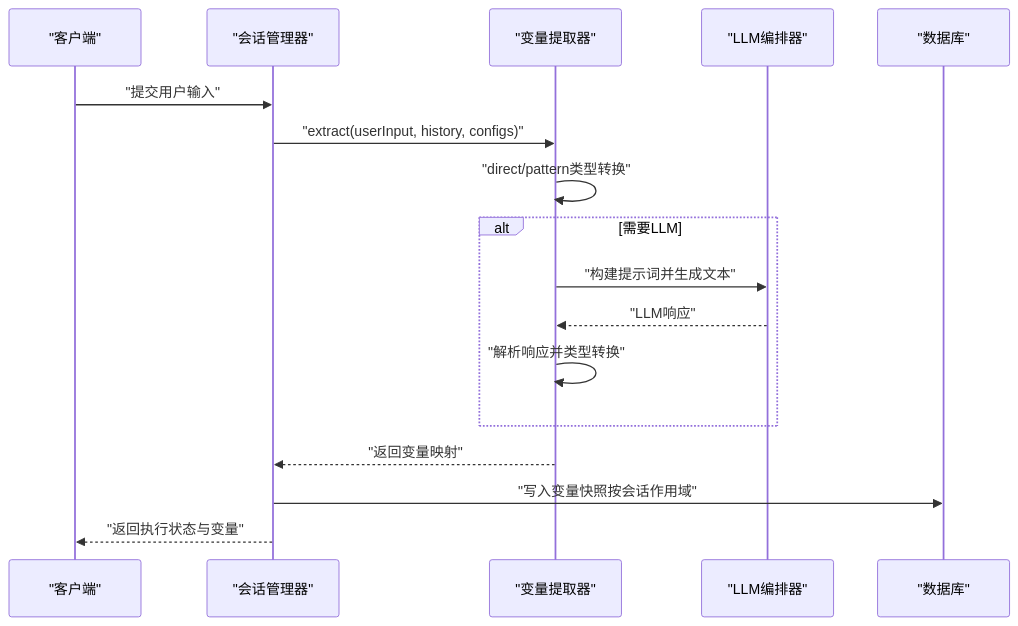
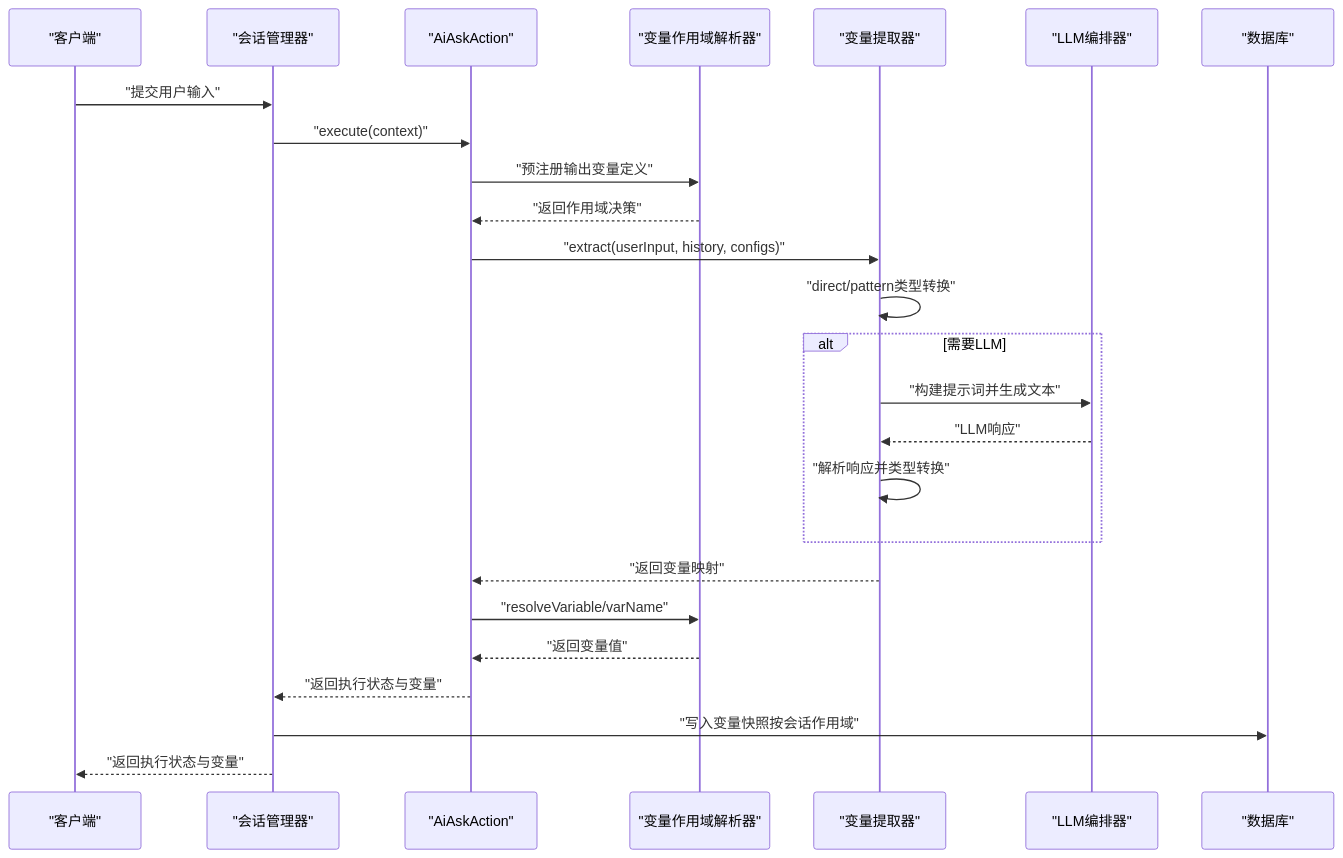
The second of 6 diagrams in .qoder/repowiki/zh/content/核心引擎系统/变量提取引擎.md (EverettCamus/HeartRule-Qoder), drawn with Mermaid before and after one commit. The commit also changed other lines of this file and 31 other files, not shown here.

````diff
--- a/.qoder/repowiki/zh/content/核心引擎系统/变量提取引擎.md
+++ b/.qoder/repowiki/zh/content/核心引擎系统/变量提取引擎.md
@@ -121,19 +147,27 @@
 ```mermaid
 sequenceDiagram
 participant Client as "客户端"
 participant SM as "会话管理器"
+participant AA as "AiAskAction"
+participant VSR as "变量作用域解析器"
 participant VE as "变量提取器"
 participant LLM as "LLM编排器"
 participant DB as "数据库"
 Client->>SM : "提交用户输入"
-SM->>VE : "extract(userInput, history, configs)"
+SM->>AA : "execute(context)"
+AA->>VSR : "预注册输出变量定义"
+VSR-->>AA : "返回作用域决策"
+AA->>VE : "extract(userInput, history, configs)"
 VE->>VE : "direct/pattern类型转换"
 alt 需要LLM
 VE->>LLM : "构建提示词并生成文本"
 LLM-->>VE : "LLM响应"
 VE->>VE : "解析响应并类型转换"
 end
-VE-->>SM : "返回变量映射"
+VE-->>AA : "返回变量映射"
+AA->>VSR : "resolveVariable/varName"
+VSR-->>AA : "返回变量值"
+AA-->>SM : "返回执行状态与变量"
 SM->>DB : "写入变量快照按会话作用域"
 SM-->>Client : "返回执行状态与变量"
 ```
````
